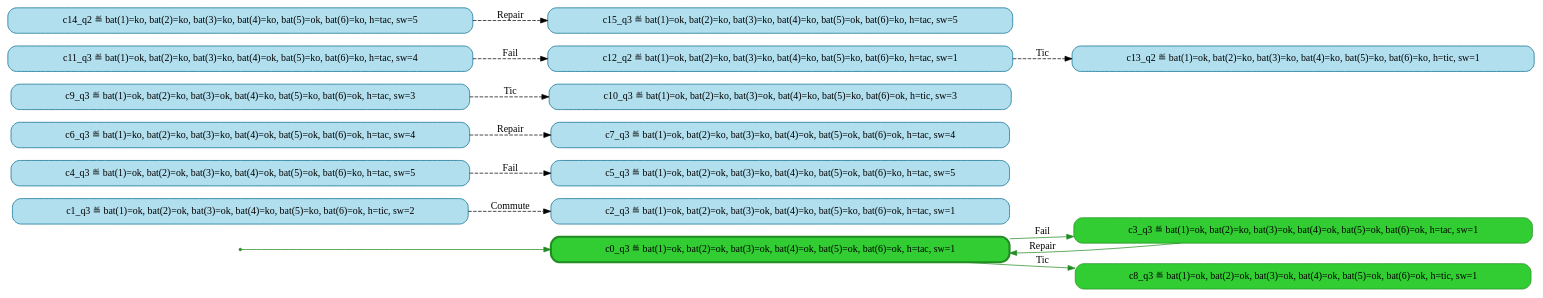
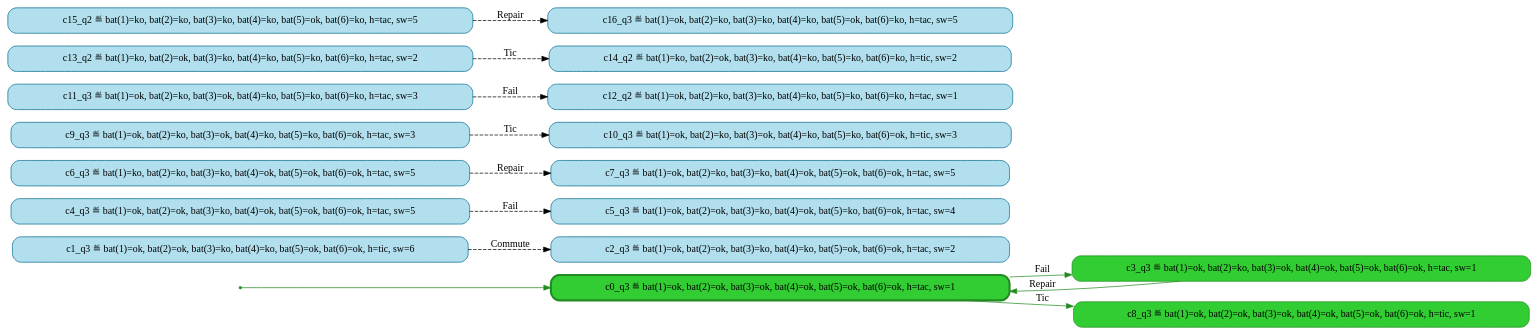
The diagram in resources/results/threeBatteries/4_rel/cxp_full.dot (stratosphr/stratest2), drawn with Graphviz before and after one commit. The commit also changed 174 other files, not shown here.

```diff
--- a/resources/results/threeBatteries/4_rel/cxp_full.dot
+++ b/resources/results/threeBatteries/4_rel/cxp_full.dot
@@ -1,35 +1,36 @@
 digraph g {
 
 	rankdir="LR"
 
 	__invisible__[shape="point", color="forestgreen"]
 	c0_q3[label="c0_q3 ≝ bat(1)=ok, bat(2)=ok, bat(3)=ok, bat(4)=ok, bat(5)=ok, bat(6)=ok, h=tac, sw=1", shape="box", style="rounded, filled", color="forestgreen", fillcolor="limegreen", penwidth=3] // Initial
 	c3_q3[label="c3_q3 ≝ bat(1)=ok, bat(2)=ko, bat(3)=ok, bat(4)=ok, bat(5)=ok, bat(6)=ok, h=tac, sw=1", shape="box", style="rounded, filled", color="forestgreen", fillcolor="limegreen"]
 	c8_q3[label="c8_q3 ≝ bat(1)=ok, bat(2)=ok, bat(3)=ok, bat(4)=ok, bat(5)=ok, bat(6)=ok, h=tic, sw=1", shape="box", style="rounded, filled", color="forestgreen", fillcolor="limegreen"]
-	c1_q3[label="c1_q3 ≝ bat(1)=ok, bat(2)=ok, bat(3)=ok, bat(4)=ko, bat(5)=ko, bat(6)=ok, h=tic, sw=2", shape="box", style="rounded, filled", color="deepskyblue4", fillcolor="lightblue2"]
-	c2_q3[label="c2_q3 ≝ bat(1)=ok, bat(2)=ok, bat(3)=ok, bat(4)=ko, bat(5)=ko, bat(6)=ok, h=tac, sw=1", shape="box", style="rounded, filled", color="deepskyblue4", fillcolor="lightblue2"]
-	c4_q3[label="c4_q3 ≝ bat(1)=ok, bat(2)=ok, bat(3)=ko, bat(4)=ok, bat(5)=ok, bat(6)=ko, h=tac, sw=5", shape="box", style="rounded, filled", color="deepskyblue4", fillcolor="lightblue2"]
-	c5_q3[label="c5_q3 ≝ bat(1)=ok, bat(2)=ok, bat(3)=ko, bat(4)=ko, bat(5)=ok, bat(6)=ko, h=tac, sw=5", shape="box", style="rounded, filled", color="deepskyblue4", fillcolor="lightblue2"]
-	c6_q3[label="c6_q3 ≝ bat(1)=ko, bat(2)=ko, bat(3)=ko, bat(4)=ok, bat(5)=ok, bat(6)=ok, h=tac, sw=4", shape="box", style="rounded, filled", color="deepskyblue4", fillcolor="lightblue2"]
-	c7_q3[label="c7_q3 ≝ bat(1)=ok, bat(2)=ko, bat(3)=ko, bat(4)=ok, bat(5)=ok, bat(6)=ok, h=tac, sw=4", shape="box", style="rounded, filled", color="deepskyblue4", fillcolor="lightblue2"]
+	c1_q3[label="c1_q3 ≝ bat(1)=ok, bat(2)=ok, bat(3)=ko, bat(4)=ko, bat(5)=ok, bat(6)=ok, h=tic, sw=6", shape="box", style="rounded, filled", color="deepskyblue4", fillcolor="lightblue2"]
+	c2_q3[label="c2_q3 ≝ bat(1)=ok, bat(2)=ok, bat(3)=ko, bat(4)=ko, bat(5)=ok, bat(6)=ok, h=tac, sw=2", shape="box", style="rounded, filled", color="deepskyblue4", fillcolor="lightblue2"]
+	c4_q3[label="c4_q3 ≝ bat(1)=ok, bat(2)=ok, bat(3)=ko, bat(4)=ok, bat(5)=ok, bat(6)=ok, h=tac, sw=5", shape="box", style="rounded, filled", color="deepskyblue4", fillcolor="lightblue2"]
+	c5_q3[label="c5_q3 ≝ bat(1)=ok, bat(2)=ok, bat(3)=ko, bat(4)=ok, bat(5)=ko, bat(6)=ok, h=tac, sw=4", shape="box", style="rounded, filled", color="deepskyblue4", fillcolor="lightblue2"]
+	c6_q3[label="c6_q3 ≝ bat(1)=ko, bat(2)=ko, bat(3)=ko, bat(4)=ok, bat(5)=ok, bat(6)=ok, h=tac, sw=5", shape="box", style="rounded, filled", color="deepskyblue4", fillcolor="lightblue2"]
+	c7_q3[label="c7_q3 ≝ bat(1)=ok, bat(2)=ko, bat(3)=ko, bat(4)=ok, bat(5)=ok, bat(6)=ok, h=tac, sw=5", shape="box", style="rounded, filled", color="deepskyblue4", fillcolor="lightblue2"]
 	c9_q3[label="c9_q3 ≝ bat(1)=ok, bat(2)=ko, bat(3)=ok, bat(4)=ko, bat(5)=ko, bat(6)=ok, h=tac, sw=3", shape="box", style="rounded, filled", color="deepskyblue4", fillcolor="lightblue2"]
 	c10_q3[label="c10_q3 ≝ bat(1)=ok, bat(2)=ko, bat(3)=ok, bat(4)=ko, bat(5)=ko, bat(6)=ok, h=tic, sw=3", shape="box", style="rounded, filled", color="deepskyblue4", fillcolor="lightblue2"]
-	c11_q3[label="c11_q3 ≝ bat(1)=ok, bat(2)=ko, bat(3)=ko, bat(4)=ok, bat(5)=ko, bat(6)=ko, h=tac, sw=4", shape="box", style="rounded, filled", color="deepskyblue4", fillcolor="lightblue2"]
+	c11_q3[label="c11_q3 ≝ bat(1)=ok, bat(2)=ko, bat(3)=ok, bat(4)=ko, bat(5)=ko, bat(6)=ko, h=tac, sw=3", shape="box", style="rounded, filled", color="deepskyblue4", fillcolor="lightblue2"]
 	c12_q2[label="c12_q2 ≝ bat(1)=ok, bat(2)=ko, bat(3)=ko, bat(4)=ko, bat(5)=ko, bat(6)=ko, h=tac, sw=1", shape="box", style="rounded, filled", color="deepskyblue4", fillcolor="lightblue2"]
-	c13_q2[label="c13_q2 ≝ bat(1)=ok, bat(2)=ko, bat(3)=ko, bat(4)=ko, bat(5)=ko, bat(6)=ko, h=tic, sw=1", shape="box", style="rounded, filled", color="deepskyblue4", fillcolor="lightblue2"]
-	c14_q2[label="c14_q2 ≝ bat(1)=ko, bat(2)=ko, bat(3)=ko, bat(4)=ko, bat(5)=ok, bat(6)=ko, h=tac, sw=5", shape="box", style="rounded, filled", color="deepskyblue4", fillcolor="lightblue2"]
-	c15_q3[label="c15_q3 ≝ bat(1)=ok, bat(2)=ko, bat(3)=ko, bat(4)=ko, bat(5)=ok, bat(6)=ko, h=tac, sw=5", shape="box", style="rounded, filled", color="deepskyblue4", fillcolor="lightblue2"]
+	c13_q2[label="c13_q2 ≝ bat(1)=ko, bat(2)=ok, bat(3)=ko, bat(4)=ko, bat(5)=ko, bat(6)=ko, h=tac, sw=2", shape="box", style="rounded, filled", color="deepskyblue4", fillcolor="lightblue2"]
+	c14_q2[label="c14_q2 ≝ bat(1)=ko, bat(2)=ok, bat(3)=ko, bat(4)=ko, bat(5)=ko, bat(6)=ko, h=tic, sw=2", shape="box", style="rounded, filled", color="deepskyblue4", fillcolor="lightblue2"]
+	c15_q2[label="c15_q2 ≝ bat(1)=ko, bat(2)=ko, bat(3)=ko, bat(4)=ko, bat(5)=ok, bat(6)=ko, h=tac, sw=5", shape="box", style="rounded, filled", color="deepskyblue4", fillcolor="lightblue2"]
+	c16_q3[label="c16_q3 ≝ bat(1)=ok, bat(2)=ko, bat(3)=ko, bat(4)=ko, bat(5)=ok, bat(6)=ko, h=tac, sw=5", shape="box", style="rounded, filled", color="deepskyblue4", fillcolor="lightblue2"]
 
 	__invisible__ -> c0_q3[color="forestgreen"]
 	c0_q3 -> c3_q3[label="Fail", color="forestgreen"]
 	c3_q3 -> c0_q3[label="Repair", color="forestgreen"]
 	c0_q3 -> c8_q3[label="Tic", color="forestgreen"]
 	c1_q3 -> c2_q3[label="Commute", color="black", style="dashed"]
 	c4_q3 -> c5_q3[label="Fail", color="black", style="dashed"]
 	c6_q3 -> c7_q3[label="Repair", color="black", style="dashed"]
 	c9_q3 -> c10_q3[label="Tic", color="black", style="dashed"]
 	c11_q3 -> c12_q2[label="Fail", color="black", style="dashed"]
-	c12_q2 -> c13_q2[label="Tic", color="black", style="dashed"]
-	c14_q2 -> c15_q3[label="Repair", color="black", style="dashed"]
+	c13_q2 -> c14_q2[label="Tic", color="black", style="dashed"]
+	c15_q2 -> c16_q3[label="Repair", color="black", style="dashed"]
 
 }
```
